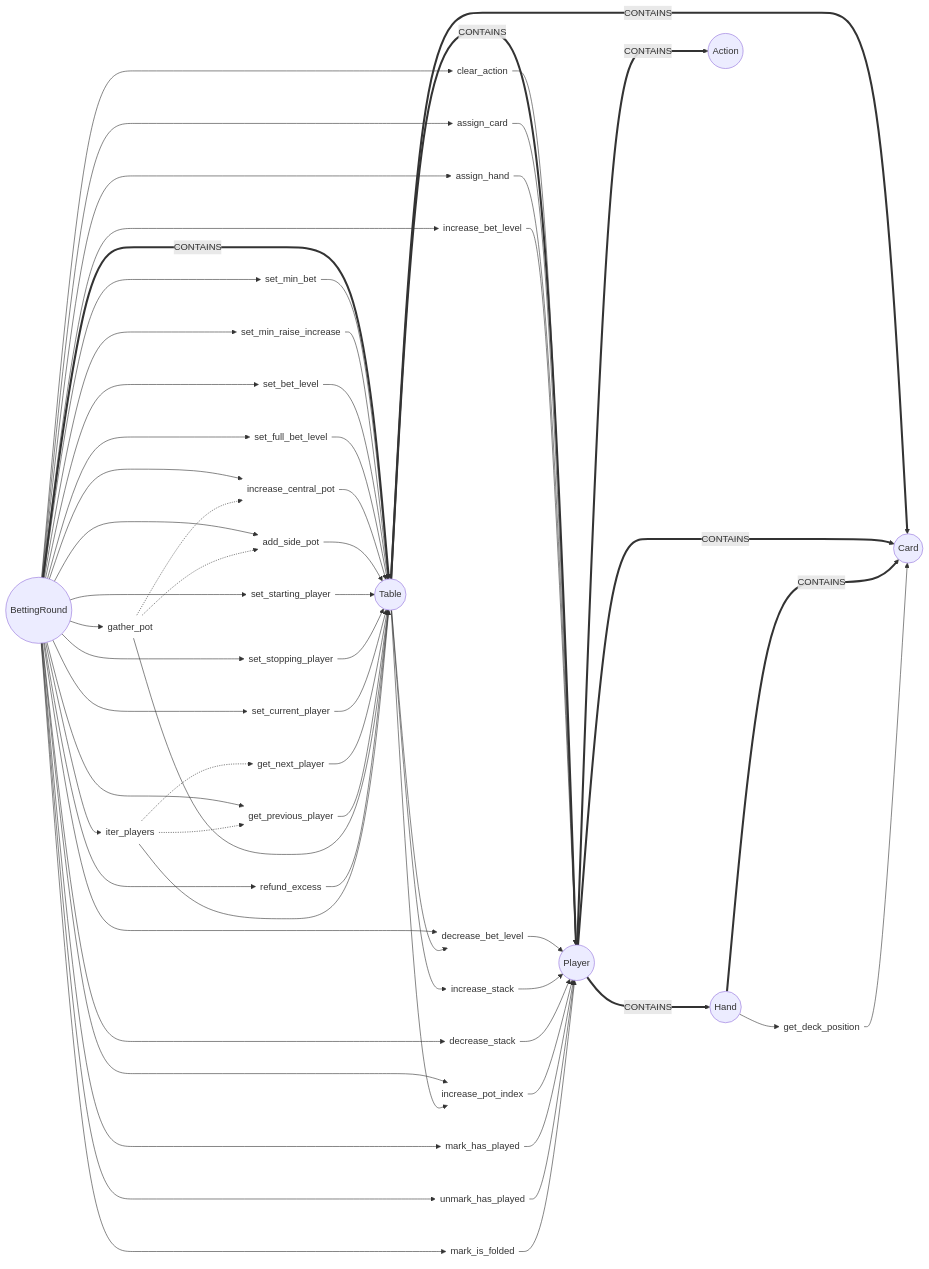
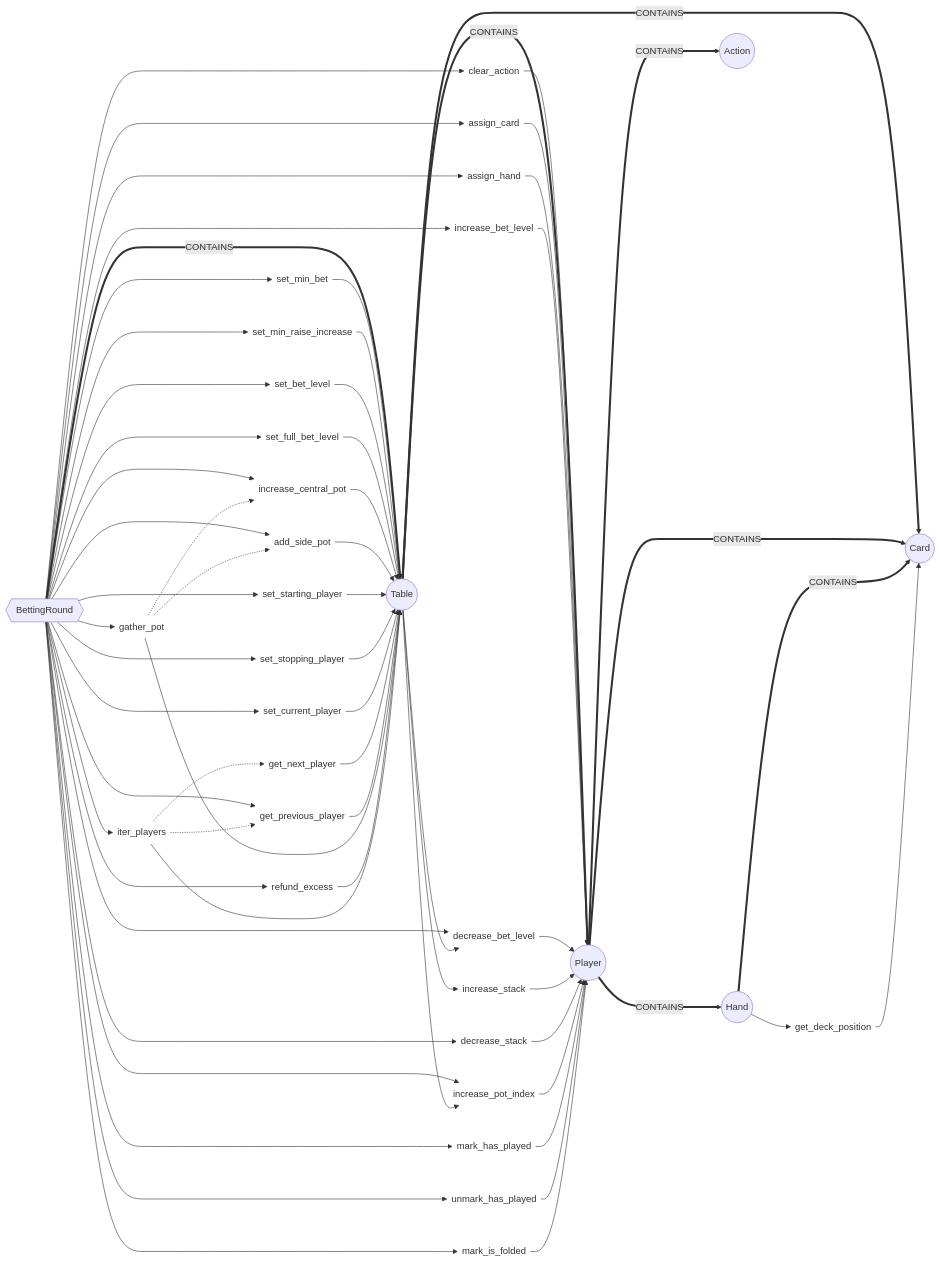
The fourth of 4 diagrams in MODEL.md (jorsaland/pokerpy), drawn with Mermaid before and after one commit. The commit also changed other lines of this file, not shown here.

```diff
--- a/MODEL.md
+++ b/MODEL.md
@@ -370,12 +389,13 @@
 
     %% Classes
 
-    BR(BettingRound)@{ shape: circle }
+    BR(BettingRound)@{ shape: hex }
+
     T(Table)@{ shape: circle }
     P(Player)@{ shape: circle }
     H(Hand)@{ shape: circle }
     Cd(Card)@{ shape: circle }
-    A(Action)@{ shape: circle }
+    Ac(Action)@{ shape: circle }
 
 
     %% Container relations
@@ -385,7 +405,7 @@
     T ===> |CONTAINS| Cd
     P ===> |CONTAINS| H
     P ===> |CONTAINS| Cd
-    P ===> |CONTAINS| A
+    P ===> |CONTAINS| Ac
     H ===> |CONTAINS| Cd
 
 
```
